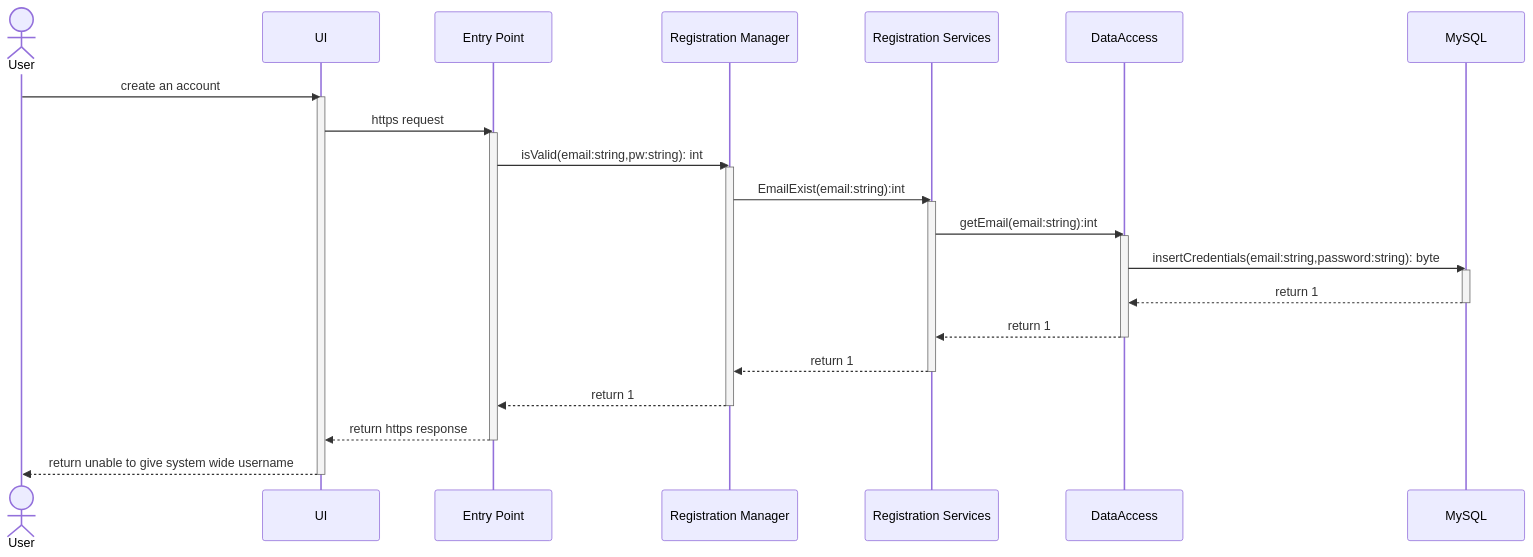
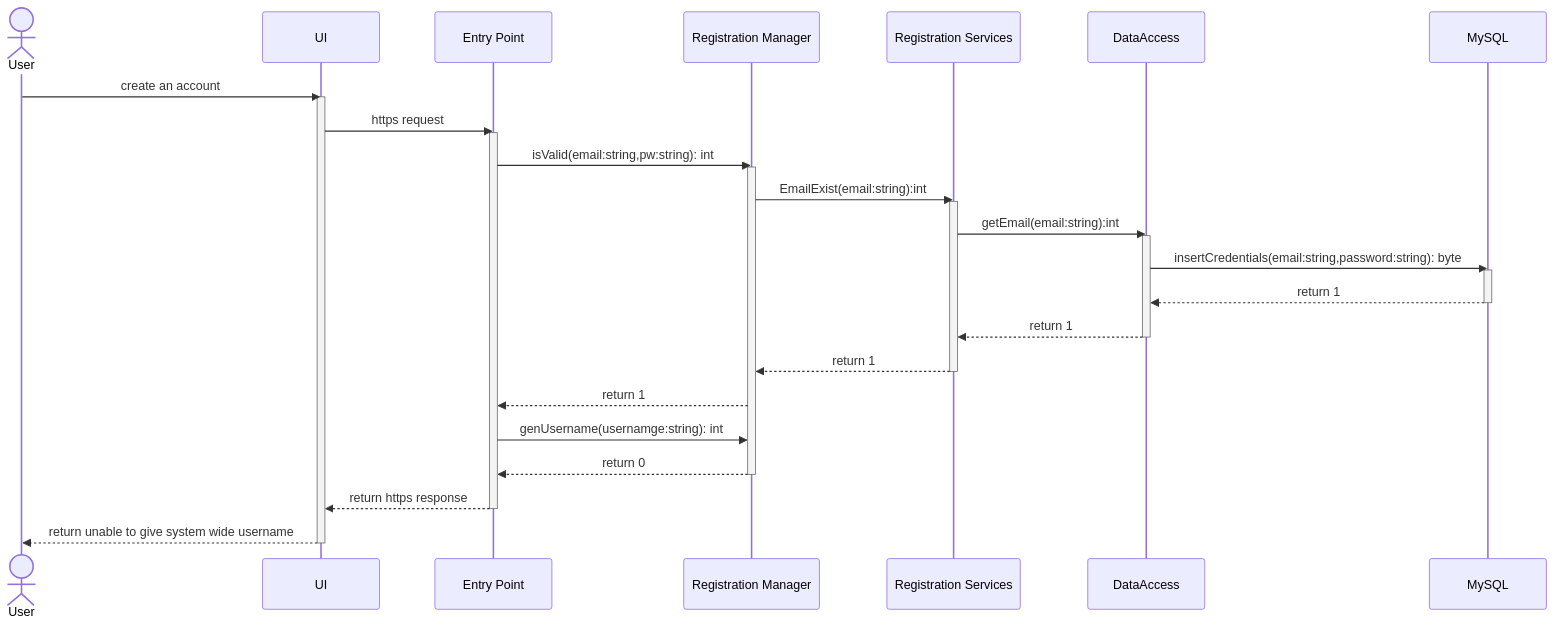
One commit to JosephArmas/cecs-491A-Team-Big-Data changed the diagram in milestone 2/low level design/registration/failures/v3/account/account_system_unavailable_username.md. Above: the diagram before and after it, drawn with Mermaid. The commit also changed 1 other file, not shown here.

Commit message:
minor changes

````diff
--- a/milestone 2/low level design/registration/failures/v3/account/account_system_unavailable_username.md
+++ b/milestone 2/low level design/registration/failures/v3/account/account_system_unavailable_username.md
@@ -2,28 +2,30 @@
 ```mermaid
 sequenceDiagram
     actor User
     User ->> UI: create an account 
     activate UI 
     UI ->> Entry Point: https request 
     activate Entry Point
     Entry Point ->> Registration Manager: isValid(email:string,pw:string): int
     activate Registration Manager
     Registration Manager ->> Registration Services: EmailExist(email:string):int
     activate Registration Services
     Registration Services ->> DataAccess: getEmail(email:string):int 
     activate DataAccess
     DataAccess ->> MySQL: insertCredentials(email:string,password:string): byte
     activate MySQL
     MySQL -->> DataAccess: return 1
     deactivate MySQL
     DataAccess -->> Registration Services: return 1
     deactivate DataAccess
     Registration Services -->> Registration Manager: return 1
     deactivate Registration Services
     Registration Manager -->> Entry Point: return 1
+    Entry Point ->> Registration Manager: genUsername(usernamge:string): int
+    Registration Manager -->> Entry Point: return 0
     deactivate Registration Manager
     Entry Point -->> UI: return https response 
     deactivate Entry Point
     UI -->> User: return unable to give system wide username
     deactivate UI
 ```
````
